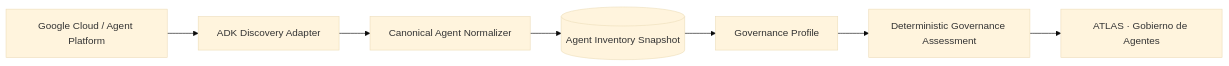
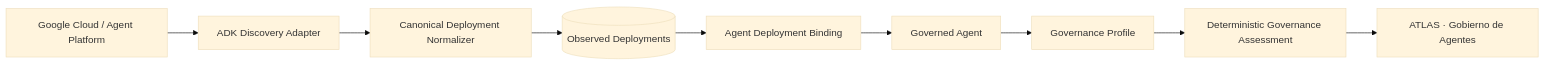
Before and after one commit to JuliusCordova/portafoliodatagob: the first of 2 diagrams in docs/specs/14-adk-agent-governance.md, drawn with Mermaid (base theme). The commit also changed other lines of this file, not shown here.

Commit message:
Feature 56 · Refine SPEC with real deployment-vs-agent model

````diff
--- a/docs/specs/14-adk-agent-governance.md
+++ b/docs/specs/14-adk-agent-governance.md
@@ -257,9 +272,11 @@
 ```mermaid
 flowchart LR
     GCP[Google Cloud / Agent Platform] --> D[ADK Discovery Adapter]
-    D --> N[Canonical Agent Normalizer]
-    N --> S[(Agent Inventory Snapshot)]
-    S --> G[Governance Profile]
-    G --> A[Deterministic Governance Assessment]
+    D --> N[Canonical Deployment Normalizer]
+    N --> S[(Observed Deployments)]
+    S --> B[Agent Deployment Binding]
+    B --> G[Governed Agent]
+    G --> P[Governance Profile]
+    P --> A[Deterministic Governance Assessment]
     A --> UI[ATLAS · Gobierno de Agentes]
 ```
````
